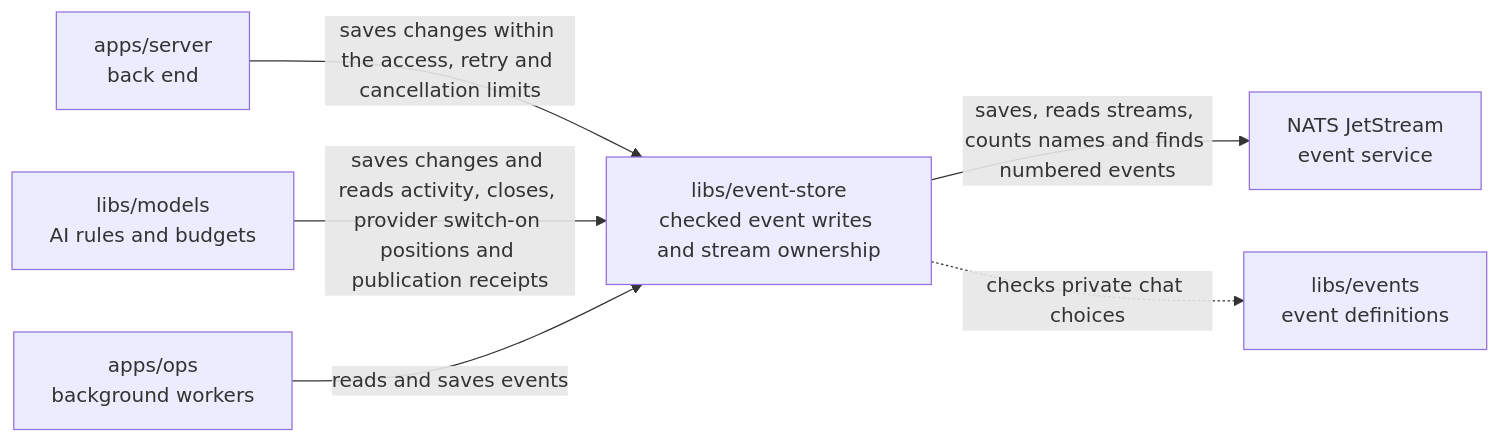
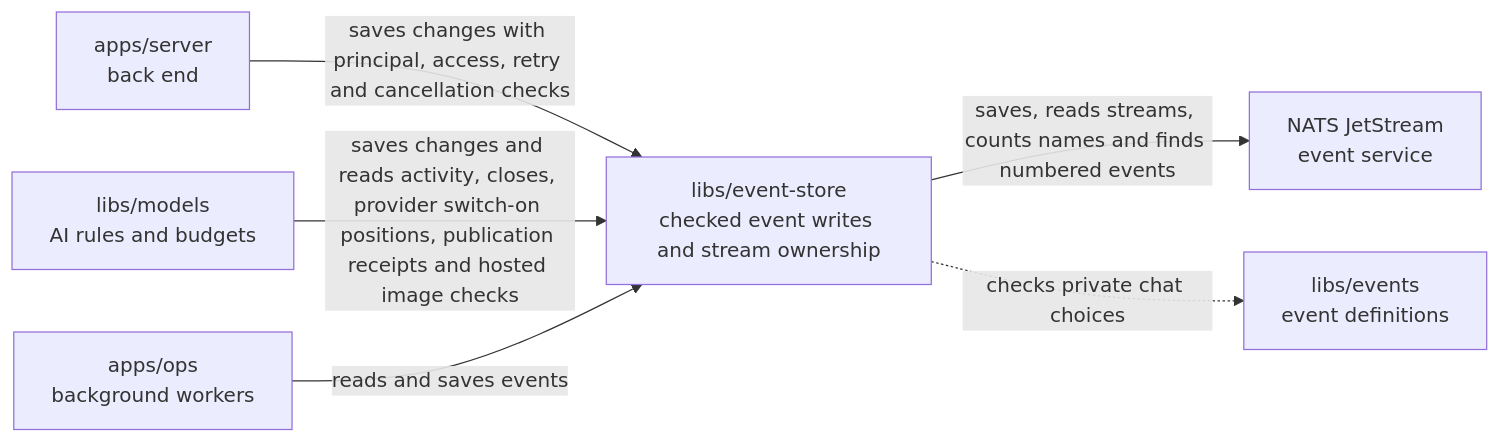
One commit to elewa-git/opencrane-new changed the diagram in libs/event-store/README.md. Above: the diagram before and after it, drawn with Mermaid. The commit also changed other lines of this file and 7 other files, not shown here.

Commit message:
🔒 Keep hosted admission writes private to the models package

````diff
--- a/libs/event-store/README.md
+++ b/libs/event-store/README.md
@@ -22,8 +22,8 @@
 ```mermaid
 flowchart LR
-  server["apps/server<br/>back end"] -->|saves changes within the access, retry and cancellation limits| store["libs/event-store<br/>checked event writes and stream ownership"]
-  models["libs/models<br/>AI rules and budgets"] -->|saves changes and reads activity, closes, provider switch-on positions and publication receipts| store
+  server["apps/server<br/>back end"] -->|saves changes with principal, access, retry and cancellation checks| store["libs/event-store<br/>checked event writes and stream ownership"]
+  models["libs/models<br/>AI rules and budgets"] -->|saves changes and reads activity, closes, provider switch-on positions, publication receipts and hosted image checks| store
   ops["apps/ops<br/>background workers"] -->|reads and saves events| store
   store -->|saves, reads streams, counts names and finds numbered events| nats["NATS JetStream<br/>event service"]
   store -.->|checks private chat choices| events["libs/events<br/>event definitions"]
 ```
````
